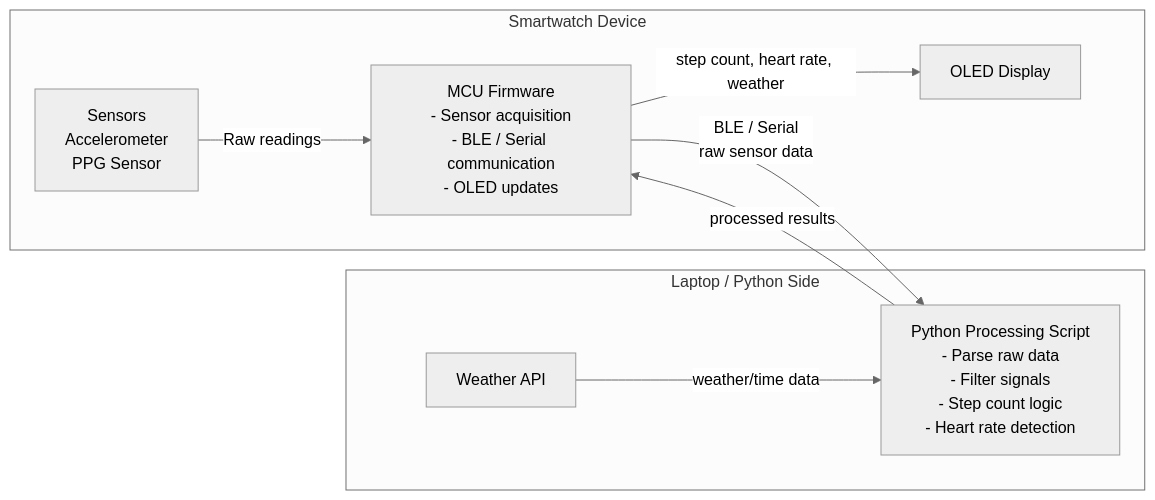
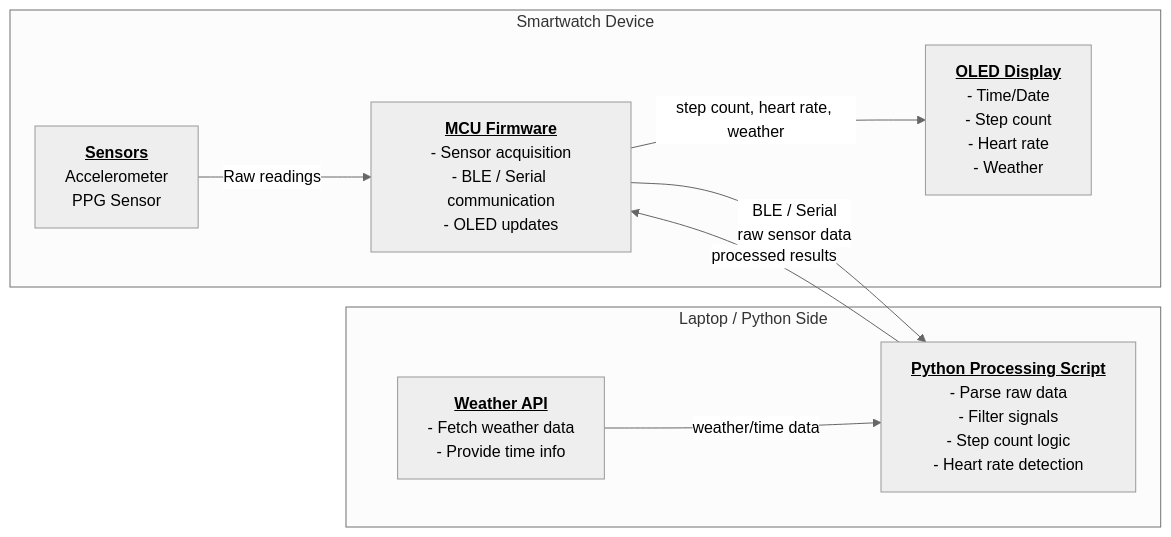
The diagram in README.md (roreye5/smartwatch), drawn with Mermaid (neutral theme) before and after one commit.

Commit message:
docs: update diagram in README

````diff
--- a/README.md
+++ b/README.md
@@ -21,19 +21,19 @@
 ```mermaid
 flowchart LR
     subgraph Device["Smartwatch Device"]
-        Sensors["Sensors<br/>Accelerometer<br/>PPG Sensor"]
-        MCU["MCU Firmware<br/>- Sensor acquisition<br/>- BLE / Serial communication<br/>- OLED updates"]
-        OLED["OLED Display"]
+        Sensors[<u><b>Sensors</b></u><br/>Accelerometer<br/>PPG Sensor]
+        MCU[<u><b>MCU Firmware</b></u><br/>- Sensor acquisition<br/>- BLE / Serial communication<br/>- OLED updates]
+        OLED["<u><b>OLED Display</b></u><br/>- Time/Date<br/>- Step count<br/>- Heart rate<br/>- Weather"]
     end
 
     subgraph Laptop["Laptop / Python Side"]
-        Python["Python Processing Script<br/>- Parse raw data<br/>- Filter signals<br/>- Step count logic<br/>- Heart rate detection"]
-        Weather["Weather API"]
+        Python["<u><b>Python Processing Script</b></u><br/>- Parse raw data<br/>- Filter signals<br/>- Step count logic<br/>- Heart rate detection"]
+        Weather["<u><b>Weather API</b></u><br/>- Fetch weather data<br/>- Provide time info"]
     end
 
     Sensors -->|Raw readings| MCU
     MCU -->|BLE / Serial<br/>raw sensor data| Python
     Weather -->|weather/time data| Python
     Python -->|processed results| MCU
     MCU -->|step count, heart rate, weather| OLED
 ```
````
